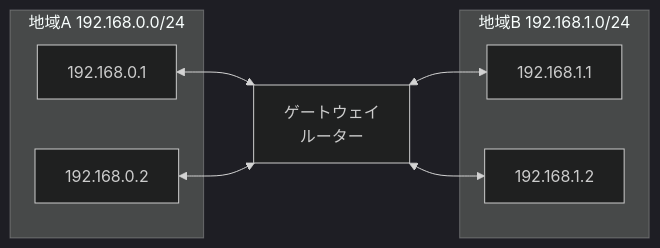
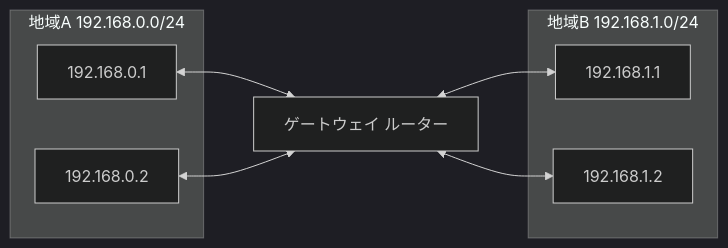
The tenth of 20 diagrams in training/basics.md (x86-unix/docs), drawn with Mermaid (dark theme) before and after one commit. The commit also changed other lines of this file, not shown here.

````diff
--- a/training/basics.md
+++ b/training/basics.md
@@ -1627,13 +447,13 @@
 ```mermaid
 graph LR
     subgraph "地域A 192.168.0.0/24"
         A1[192.168.0.1]
         A2[192.168.0.2]
     end
     subgraph "地域B 192.168.1.0/24"
         B1[192.168.1.1]
         B2[192.168.1.2]
     end
-    A1 & A2 <--> GW[ゲートウェイ<br/>ルーター]
+    A1 & A2 <--> GW["ゲートウェイ ルーター"]
     GW <--> B1 & B2
 ```
````
